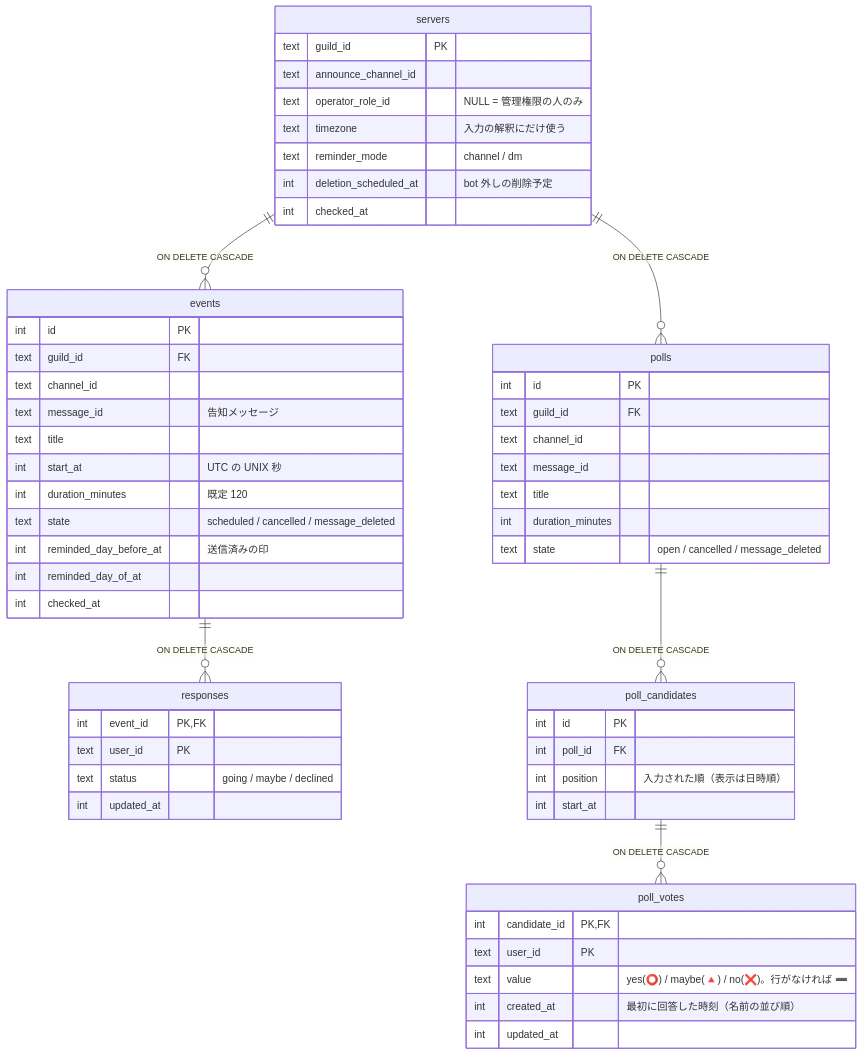
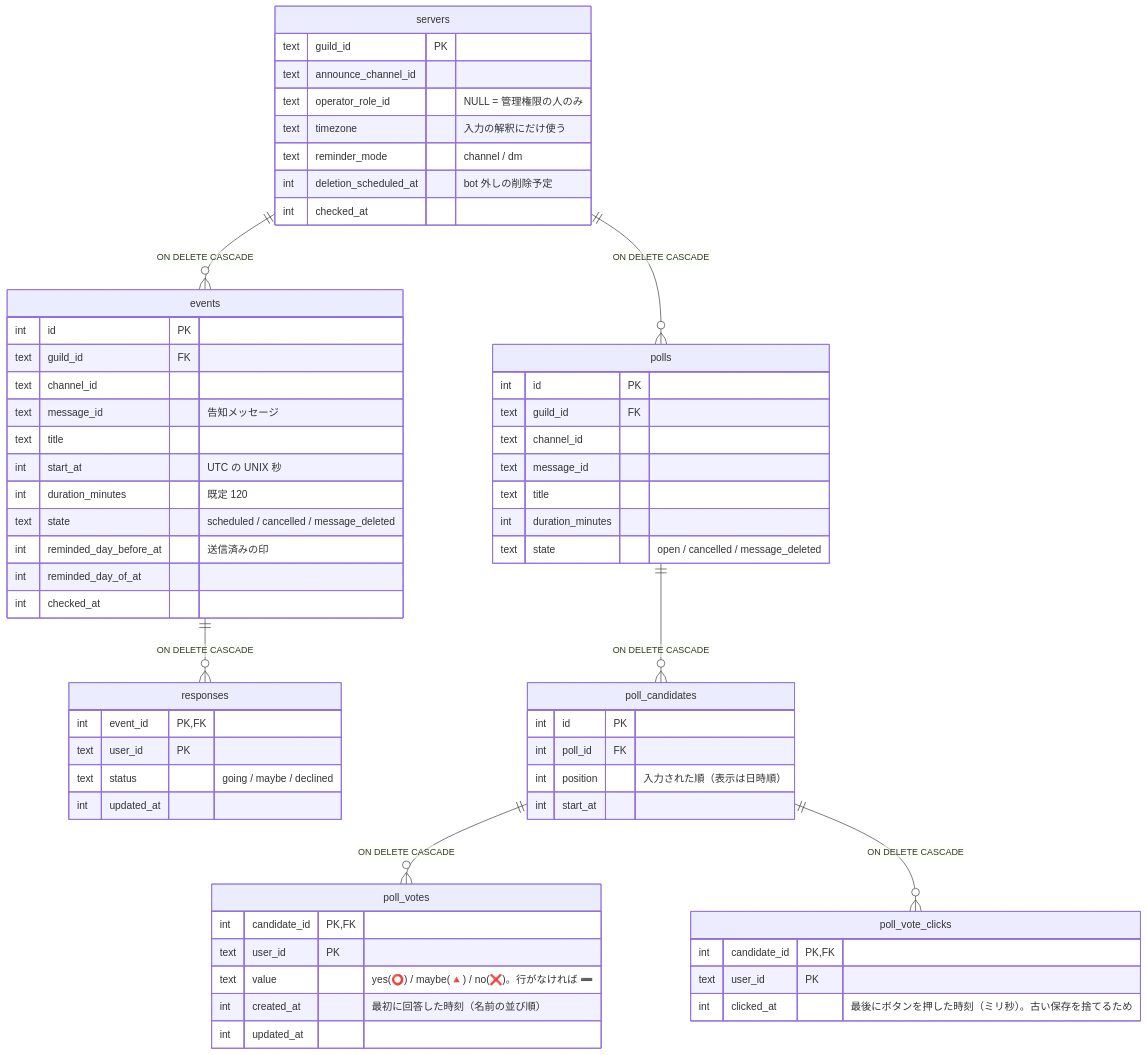
The third of 4 diagrams in docs/architecture.md (DirectKidman/easy-scheduling-bot), drawn with Mermaid before and after one commit. The commit also changed other lines of this file and 5 other files, not shown here.

````diff
--- a/docs/architecture.md
+++ b/docs/architecture.md
@@ -95,59 +95,65 @@
 ```mermaid
 erDiagram
   servers ||--o{ events : "ON DELETE CASCADE"
   servers ||--o{ polls : "ON DELETE CASCADE"
   events ||--o{ responses : "ON DELETE CASCADE"
   polls ||--o{ poll_candidates : "ON DELETE CASCADE"
   poll_candidates ||--o{ poll_votes : "ON DELETE CASCADE"
+  poll_candidates ||--o{ poll_vote_clicks : "ON DELETE CASCADE"
 
   servers {
     text guild_id PK
     text announce_channel_id
     text operator_role_id "NULL = 管理権限の人のみ"
     text timezone "入力の解釈にだけ使う"
     text reminder_mode "channel / dm"
     int deletion_scheduled_at "bot 外しの削除予定"
     int checked_at
   }
   events {
     int id PK
     text guild_id FK
     text channel_id
     text message_id "告知メッセージ"
     text title
     int start_at "UTC の UNIX 秒"
     int duration_minutes "既定 120"
     text state "scheduled / cancelled / message_deleted"
     int reminded_day_before_at "送信済みの印"
     int reminded_day_of_at
     int checked_at
   }
   responses {
     int event_id PK,FK
     text user_id PK
     text status "going / maybe / declined"
     int updated_at
   }
   polls {
     int id PK
     text guild_id FK
     text channel_id
     text message_id
     text title
     int duration_minutes
     text state "open / cancelled / message_deleted"
   }
   poll_candidates {
     int id PK
     int poll_id FK
     int position "入力された順（表示は日時順）"
     int start_at
   }
   poll_votes {
     int candidate_id PK,FK
     text user_id PK
     text value "yes(⭕) / maybe(🔺) / no(❌)。行がなければ ➖"
     int created_at "最初に回答した時刻（名前の並び順）"
     int updated_at
   }
+  poll_vote_clicks {
+    int candidate_id PK,FK
+    text user_id PK
+    int clicked_at "最後にボタンを押した時刻（ミリ秒）。古い保存を捨てるため"
+  }
 ```
````
